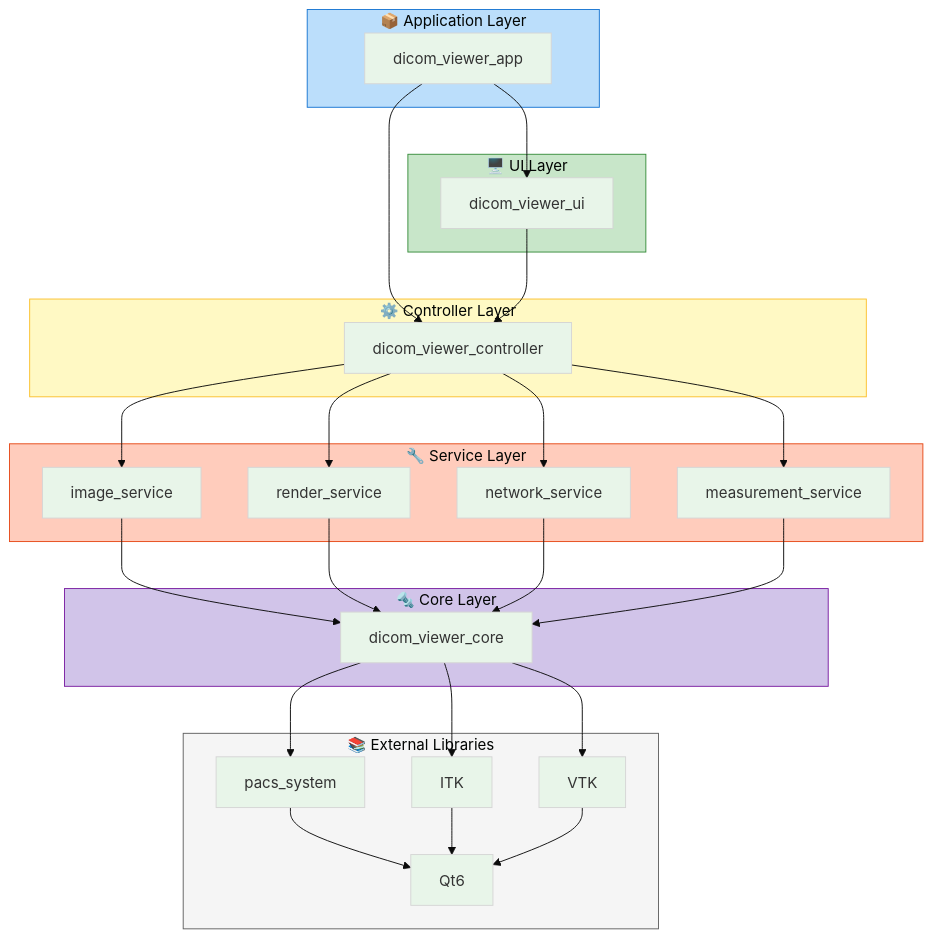
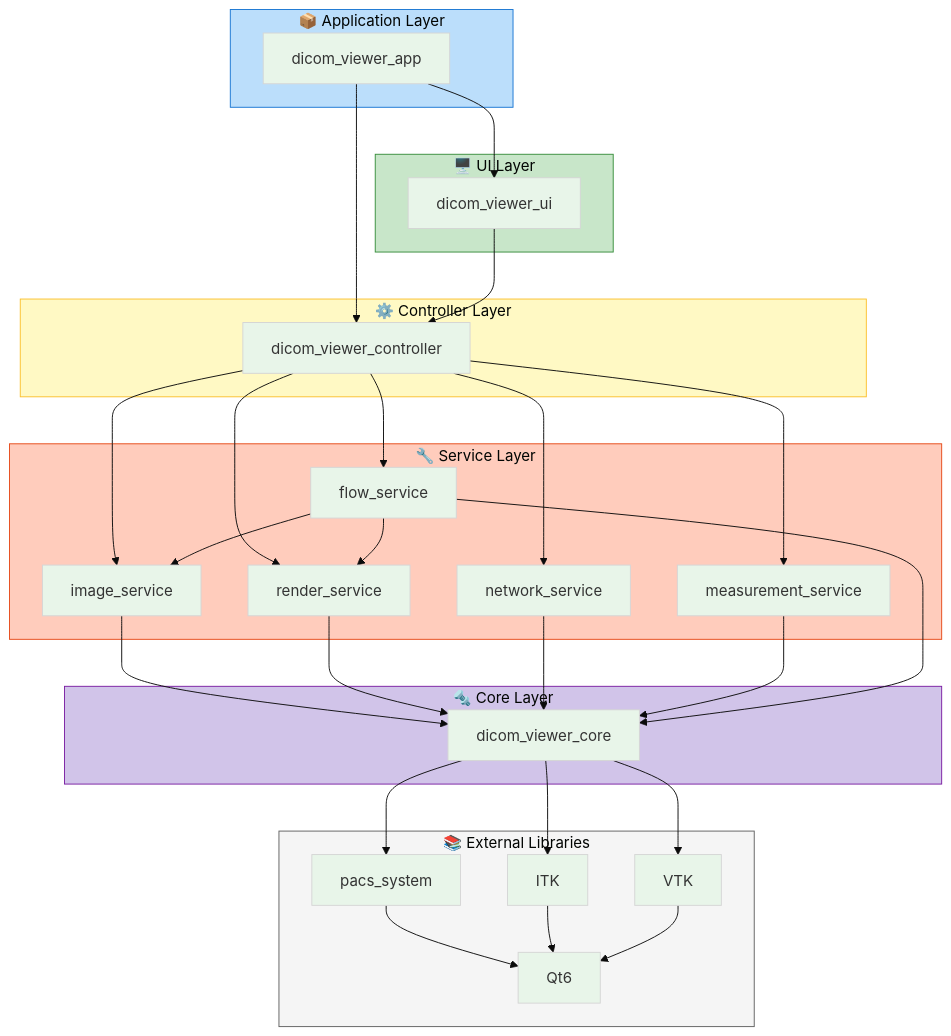
One commit to kcenon/dicom_viewer changed the second of 13 diagrams in docs/SDS.md. Above: the diagram before and after it, drawn with Mermaid. The commit also changed other lines of this file, not shown here.

First line of the commit message:
docs(sds): add SDS-MOD-007 Flow Analysis Module design (#162)

````diff
--- a/docs/SDS.md
+++ b/docs/SDS.md
@@ -255,62 +257,67 @@
 ```mermaid
 %%{init: {'theme': 'base', 'themeVariables': { 'primaryColor': '#e8f5e9'}}}%%
 graph TB
     subgraph Application["📦 Application Layer"]
         App[dicom_viewer_app]
     end
 
     subgraph UI["🖥️ UI Layer"]
         UILib[dicom_viewer_ui]
     end
 
     subgraph Controller["⚙️ Controller Layer"]
         Ctrl[dicom_viewer_controller]
     end
 
     subgraph Services["🔧 Service Layer"]
         ImgSvc[image_service]
         RndSvc[render_service]
         NetSvc[network_service]
         MsrSvc[measurement_service]
+        FlwSvc[flow_service]
     end
 
     subgraph Core["🔩 Core Layer"]
         CoreLib[dicom_viewer_core]
     end
 
     subgraph External["📚 External Libraries"]
         PACS[pacs_system]
         ITKLib[ITK]
         VTKLib[VTK]
         QtLib[Qt6]
     end
 
     App --> UILib
     App --> Ctrl
     UILib --> Ctrl
 
     Ctrl --> ImgSvc
     Ctrl --> RndSvc
     Ctrl --> NetSvc
     Ctrl --> MsrSvc
+    Ctrl --> FlwSvc
 
     ImgSvc --> CoreLib
     RndSvc --> CoreLib
     NetSvc --> CoreLib
     MsrSvc --> CoreLib
+    FlwSvc --> CoreLib
+    FlwSvc --> ImgSvc
+    FlwSvc --> RndSvc
 
     CoreLib --> PACS
     CoreLib --> ITKLib
     CoreLib --> VTKLib
 
     PACS --> QtLib
     ITKLib --> QtLib
     VTKLib --> QtLib
 
     style Application fill:#bbdefb,stroke:#1976d2
     style UI fill:#c8e6c9,stroke:#388e3c
     style Controller fill:#fff9c4,stroke:#fbc02d
     style Services fill:#ffccbc,stroke:#e64a19
     style Core fill:#d1c4e9,stroke:#7b1fa2
     style External fill:#f5f5f5,stroke:#616161
 ```
````
